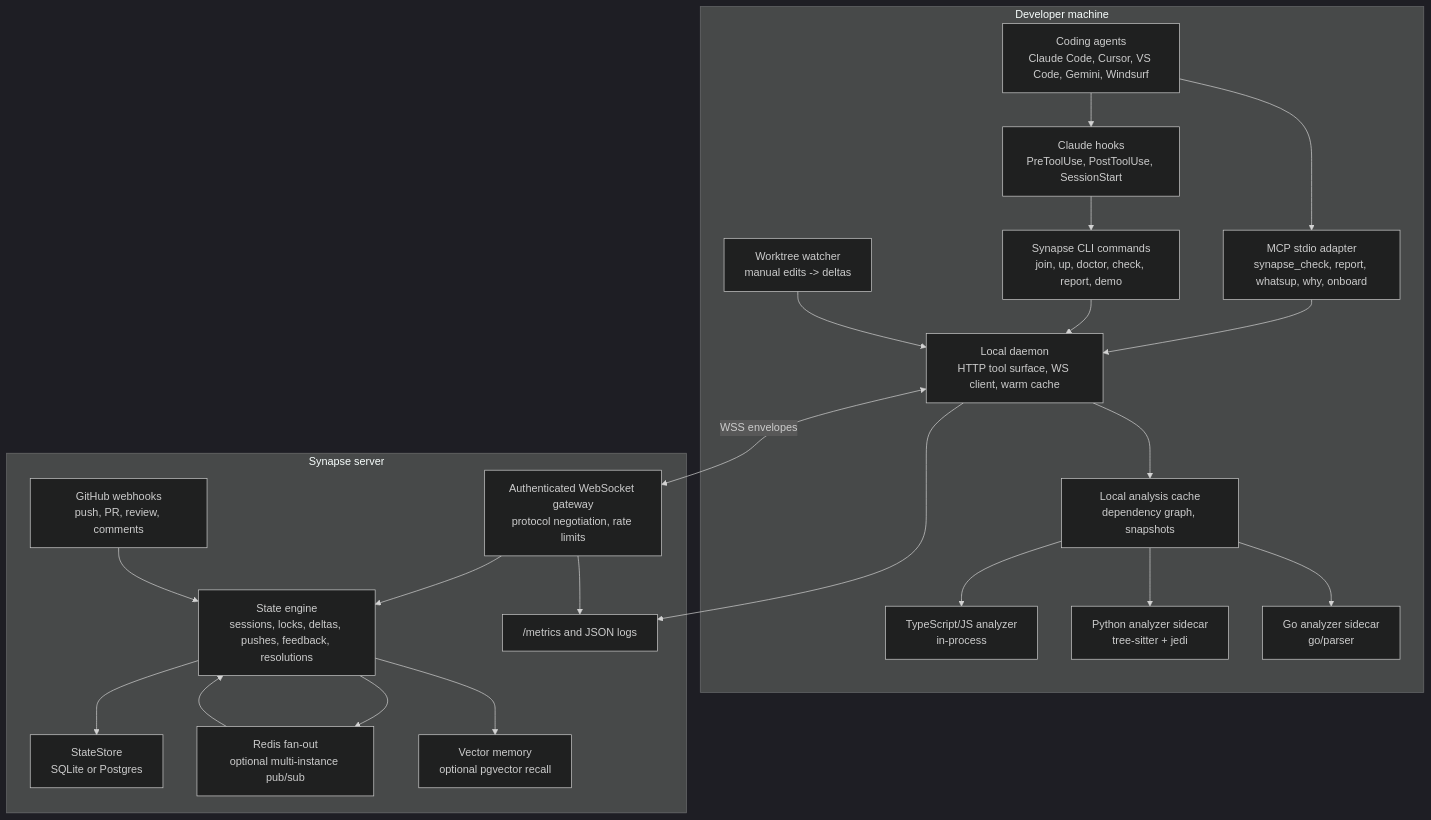
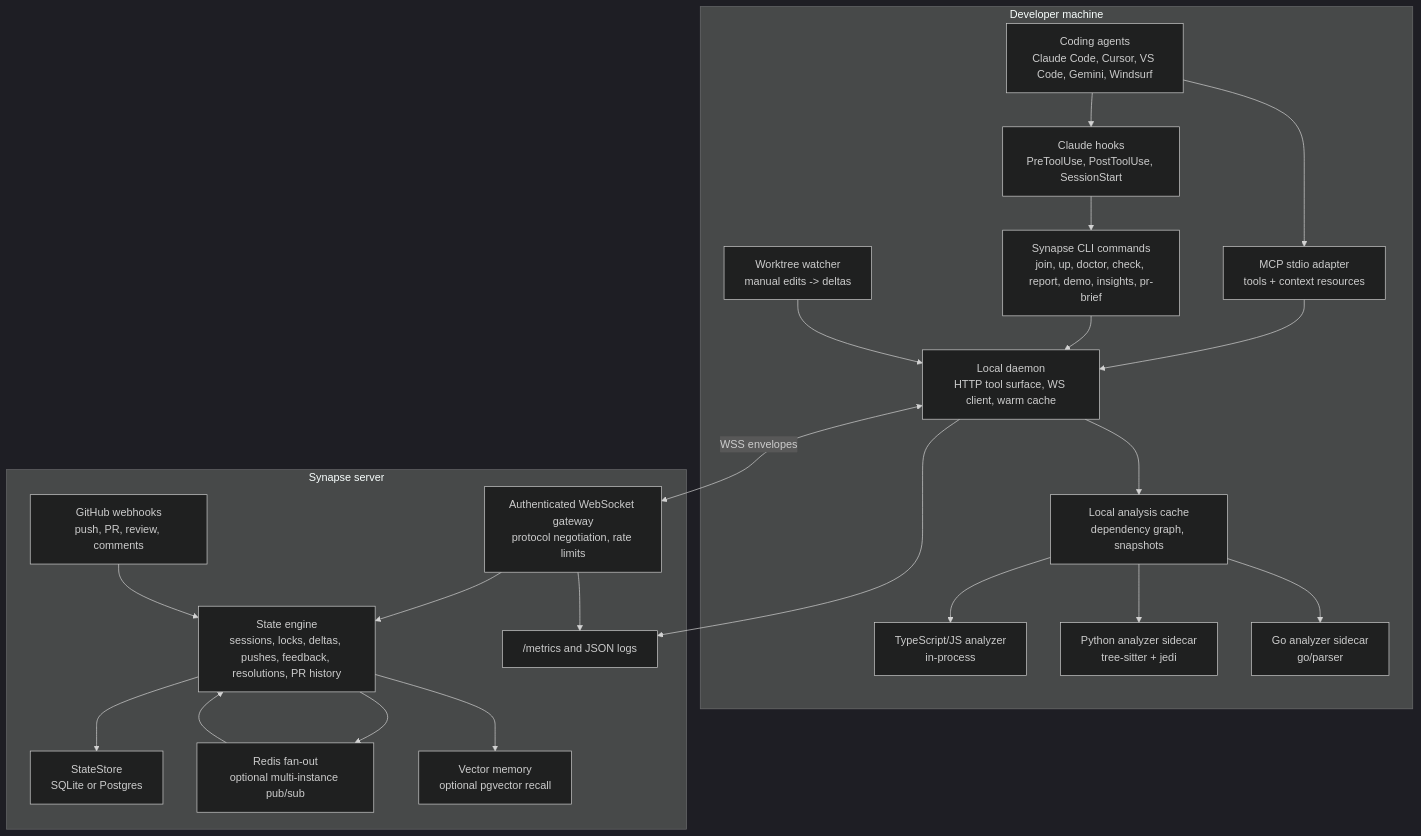
One commit to Kumario1/synapse changed the first of 12 diagrams in docs/system-evolution-study-guide.md. Above: the diagram before and after it, drawn with Mermaid (dark theme). The commit also changed other lines of this file and 5 other files, not shown here.

````diff
--- a/docs/system-evolution-study-guide.md
+++ b/docs/system-evolution-study-guide.md
@@ -13,45 +13,45 @@
 ```mermaid
 flowchart TB
   subgraph Dev["Developer machine"]
     Agent["Coding agents<br/>Claude Code, Cursor, VS Code, Gemini, Windsurf"]
     Hooks["Claude hooks<br/>PreToolUse, PostToolUse, SessionStart"]
-    MCP["MCP stdio adapter<br/>synapse_check, report, whatsup, why, onboard"]
-    CLI["Synapse CLI commands<br/>join, up, doctor, check, report, demo"]
+    MCP["MCP stdio adapter<br/>tools + context resources"]
+    CLI["Synapse CLI commands<br/>join, up, doctor, check, report, demo, insights, pr-brief"]
     Daemon["Local daemon<br/>HTTP tool surface, WS client, warm cache"]
     Watcher["Worktree watcher<br/>manual edits -> deltas"]
     Analysis["Local analysis cache<br/>dependency graph, snapshots"]
     TS["TypeScript/JS analyzer<br/>in-process"]
     Py["Python analyzer sidecar<br/>tree-sitter + jedi"]
     Go["Go analyzer sidecar<br/>go/parser"]
   end
 
   subgraph Server["Synapse server"]
     WS["Authenticated WebSocket gateway<br/>protocol negotiation, rate limits"]
-    State["State engine<br/>sessions, locks, deltas, pushes, feedback, resolutions"]
+    State["State engine<br/>sessions, locks, deltas, pushes, feedback, resolutions, PR history"]
     Store["StateStore<br/>SQLite or Postgres"]
     Redis["Redis fan-out<br/>optional multi-instance pub/sub"]
     Github["GitHub webhooks<br/>push, PR, review, comments"]
     Memory["Vector memory<br/>optional pgvector recall"]
     Metrics["/metrics and JSON logs"]
   end
 
   Agent --> Hooks
   Agent --> MCP
   Hooks --> CLI
   MCP --> Daemon
   CLI --> Daemon
   Watcher --> Daemon
   Daemon --> Analysis
   Analysis --> TS
   Analysis --> Py
   Analysis --> Go
   Daemon <-->|WSS envelopes| WS
   WS --> State
   Github --> State
   State --> Store
   State --> Redis
   Redis --> State
   State --> Memory
   WS --> Metrics
   Daemon --> Metrics
 ```
````
